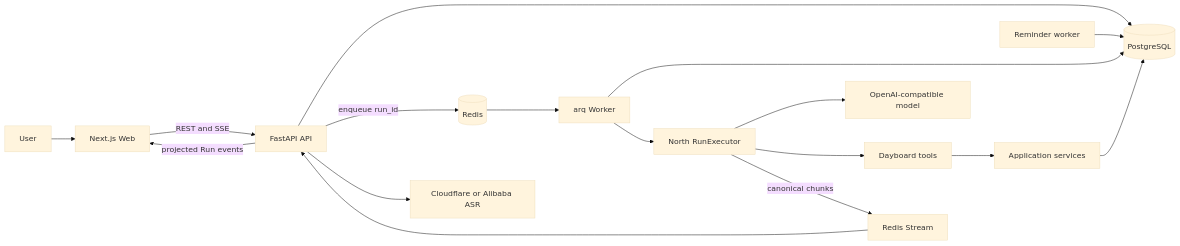
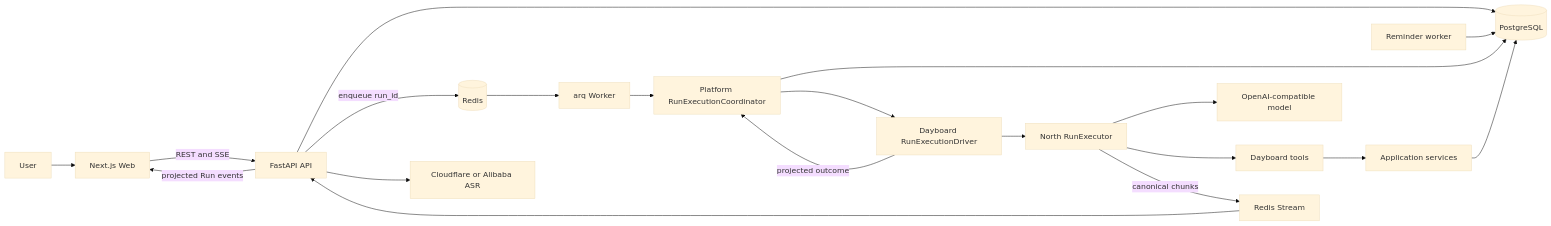
One commit to Notryag/dayboard changed the diagram in docs/current/architecture.md. Above: the diagram before and after it, drawn with Mermaid (base theme). The commit also changed other lines of this file and 22 other files, not shown here.

Commit message:
refactor(dayboard): isolate north run execution

````diff
--- a/docs/current/architecture.md
+++ b/docs/current/architecture.md
@@ -9,19 +9,22 @@
 ```mermaid
 flowchart LR
     User[User] --> Web[Next.js Web]
     Web -->|REST and SSE| API[FastAPI API]
     API --> DB[(PostgreSQL)]
     API -->|enqueue run_id| Redis[(Redis)]
     Redis --> Worker[arq Worker]
-    Worker --> DB
-    Worker --> North[North RunExecutor]
+    Worker --> Coordinator[Platform RunExecutionCoordinator]
+    Coordinator --> DB
+    Coordinator --> Driver[Dayboard RunExecutionDriver]
+    Driver --> North[North RunExecutor]
+    Driver -->|projected outcome| Coordinator
     North --> Model[OpenAI-compatible model]
     North --> Tools[Dayboard tools]
     Tools --> Services[Application services]
     Services --> DB
     North -->|canonical chunks| RedisStream[Redis Stream]
     RedisStream --> API
     API -->|projected Run events| Web
     API --> ASR[Cloudflare or Alibaba ASR]
     ReminderWorker[Reminder worker] --> DB
 ```
````
